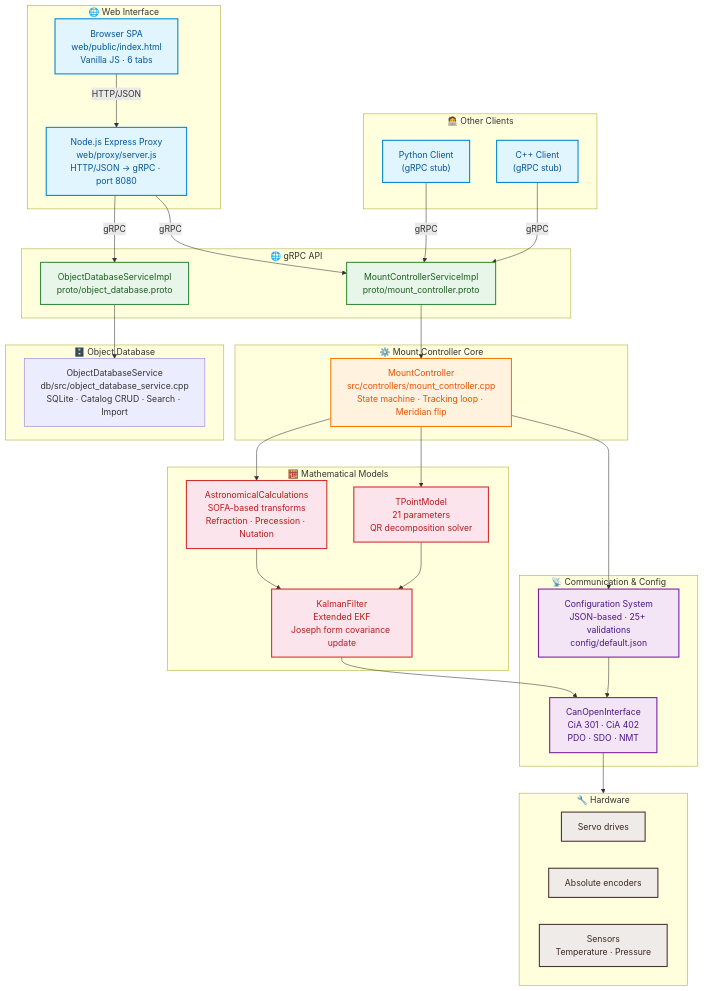
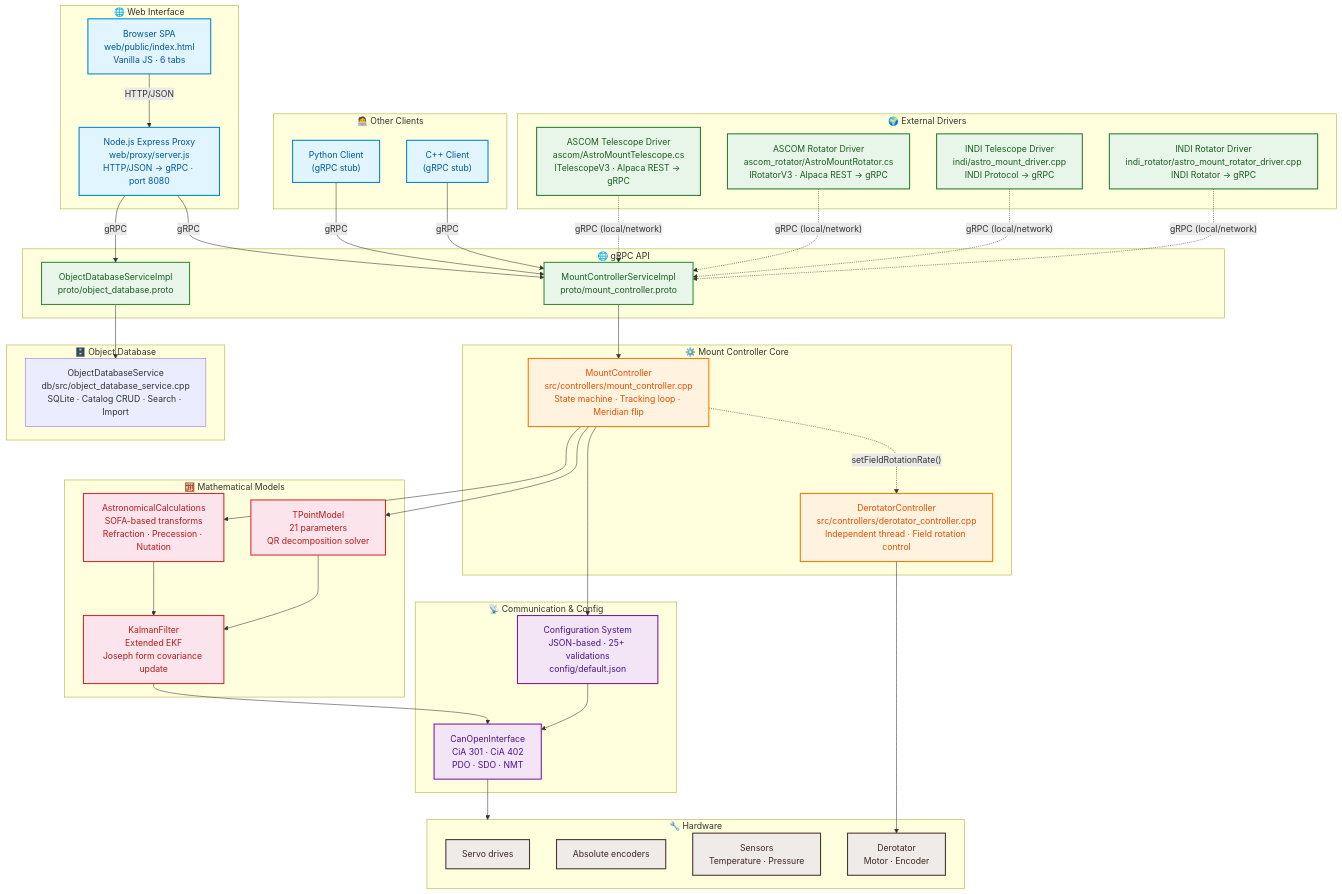
The first of 2 diagrams in docs/en/index.md (pielaszkiewicz-jacek/astro_mount_control), drawn with Mermaid before and after one commit. The commit also changed other lines of this file and 58 other files, not shown here.

````diff
--- a/docs/en/index.md
+++ b/docs/en/index.md
@@ -45,6 +50,7 @@
     classDef comm fill:#f3e5f5,stroke:#7b1fa2,stroke-width:2px,color:#4a148c
     classDef hw fill:#efebe9,stroke:#4e342e,stroke-width:2px,color:#3e2723
     classDef cfg fill:#e0f7fa,stroke:#00838f,stroke-width:2px,color:#004d40
+    classDef driver fill:#e8f5e9,stroke:#2e7d32,stroke-width:2px,color:#1b5e20
 
     subgraph WEBUI["🌐 Web Interface"]
         SPA["Browser SPA<br/>web/public/index.html<br/>Vanilla JS · 6 tabs"]
@@ -63,6 +69,7 @@
 
     subgraph CORE["⚙️ Mount Controller Core"]
         MC["MountController<br/>src/controllers/mount_controller.cpp<br/>State machine · Tracking loop · Meridian flip"]
+        DC["DerotatorController<br/>src/controllers/derotator_controller.cpp<br/>Independent thread · Field rotation control"]
     end
 
     subgraph MODELS["🧮 Mathematical Models"]
@@ -80,10 +87,18 @@
         DB_SERVICE["ObjectDatabaseService<br/>db/src/object_database_service.cpp<br/>SQLite · Catalog CRUD · Search · Import"]
     end
 
+    subgraph EXTERNAL["🌍 External Drivers"]
+        ASCOM_TEL["ASCOM Telescope Driver<br/>ascom/AstroMountTelescope.cs<br/>ITelescopeV3 · Alpaca REST → gRPC"]:::driver
+        ASCOM_ROT["ASCOM Rotator Driver<br/>ascom_rotator/AstroMountRotator.cs<br/>IRotatorV3 · Alpaca REST → gRPC"]:::driver
+        INDI_TEL["INDI Telescope Driver<br/>indi/astro_mount_driver.cpp<br/>INDI Protocol → gRPC"]:::driver
+        INDI_ROT["INDI Rotator Driver<br/>indi_rotator/astro_mount_rotator_driver.cpp<br/>INDI Rotator → gRPC"]:::driver
+    end
+
     subgraph HW["🔧 Hardware"]
         HW1["Servo drives"]
         HW2["Absolute encoders"]
         HW3["Sensors<br/>Temperature · Pressure"]
+        DEROT_HW["Derotator<br/>Motor · Encoder"]
     end
 
     SPA -->|"HTTP/JSON"| PROXY
@@ -96,17 +111,24 @@
     MC --> ASTRO
     MC --> TPOINT
     MC --> CONFIG
+    MC -.->|"setFieldRotationRate()"| DC
     ASTRO --> KF
     TPOINT --> KF
     KF --> CAN
     CONFIG --> CAN
     CAN --> HW
+    DC --> DEROT_HW
+
+    ASCOM_TEL -.->|"gRPC (local/network)"| GRPC
+    ASCOM_ROT -.->|"gRPC (local/network)"| GRPC
+    INDI_TEL -.->|"gRPC (local/network)"| GRPC
+    INDI_ROT -.->|"gRPC (local/network)"| GRPC
 
     class SPA,PROXY client
     class PY,CPP client
     class GRPC,DB_GRPC api
-    class MC core
+    class MC,DC core
     class ASTRO,TPOINT,KF model
     class CAN,CONFIG comm
-    class HW1,HW2,HW3 hw
+    class HW1,HW2,HW3,DEROT_HW hw
 ```
````
